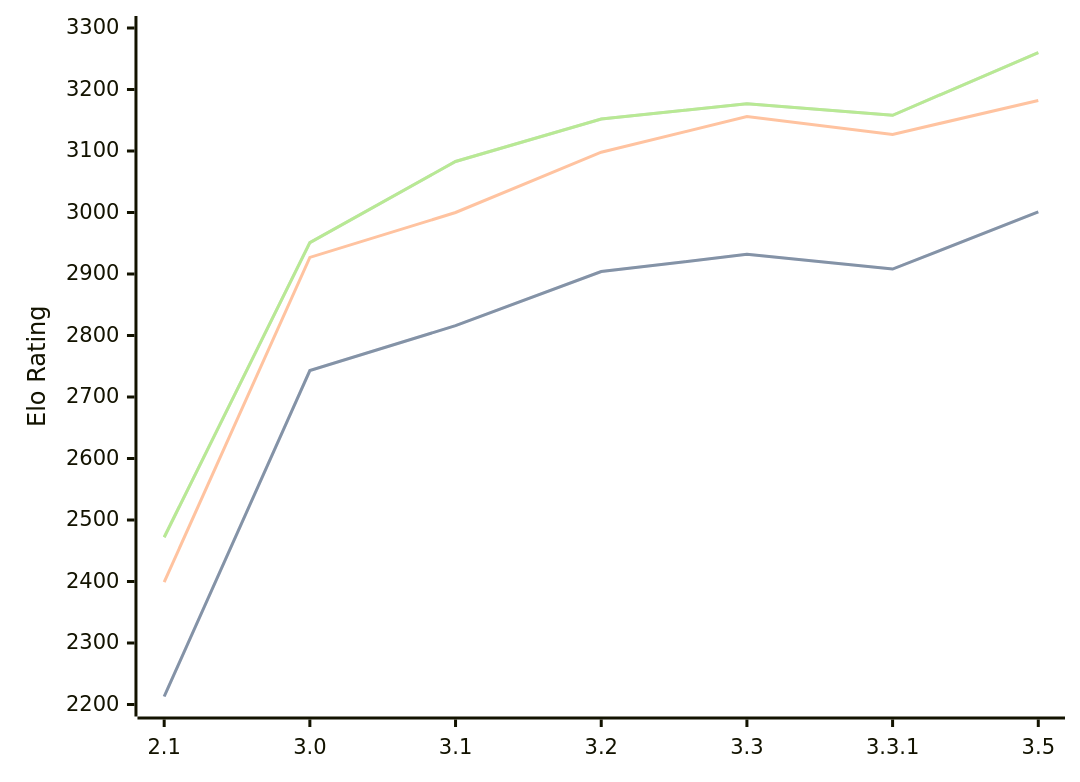
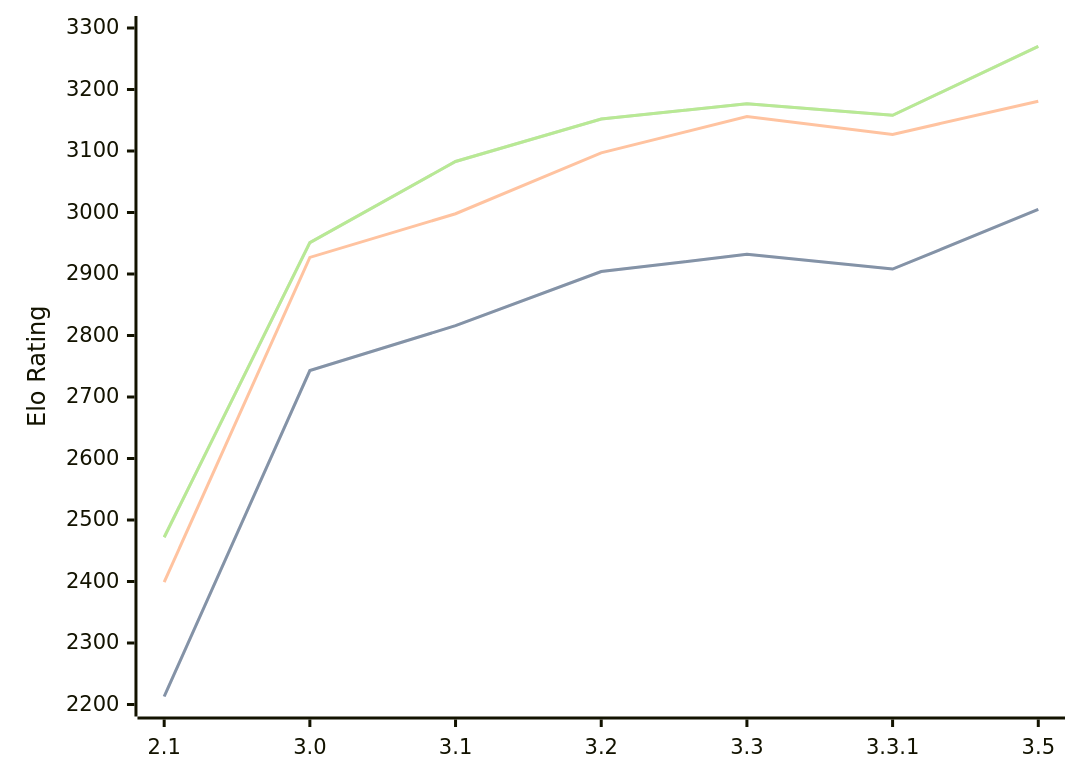
Before and after one commit to computer-chess-index/cci: the first of 3 diagrams in engines/Petrel.md, drawn with Mermaid. The commit also changed other lines of this file, not shown here.

Commit message:
Update CCI Ratings (ELO VLTC) - 2026-06-20

````diff
--- a/engines/Petrel.md
+++ b/engines/Petrel.md
@@ -46,11 +46,11 @@
 ```mermaid
 %%{init: {"theme":"base","themeVariables":{"seriesColors:['#a3a3a3','#222221','#faa371']}}}%%
 xychart-beta
   x-axis ["2.1", "3.0", "3.1", "3.2", "3.3", "3.3.1", "3.5"]
   y-axis "Elo Rating" 2200 --> 3300
-  line "STC (8.0+0.08s)" [2213, 2743, 2816, 2904, 2932, 2908, 3001]
-  line "STC (8.0+0.08s)" [2213, 2743, 2816, 2904, 2932, 2908, 3001]
-  line "LTC (60.0+0.60s)" [2399, 2927, 3000, 3098, 3156, 3127, 3182]
-  line "VLTC (2m24s+1.12s)" [2472, 2951, 3083, 3152, 3177, 3158, 3260]
-  line "VLTC (2m24s+1.12s)" [2472, 2951, 3083, 3152, 3177, 3158, 3260]
+  line "STC (8.0+0.08s)" [2213, 2743, 2816, 2904, 2932, 2908, 3005]
+  line "STC (8.0+0.08s)" [2213, 2743, 2816, 2904, 2932, 2908, 3005]
+  line "LTC (60.0+0.60s)" [2399, 2927, 2998, 3097, 3156, 3127, 3181]
+  line "VLTC (2m24s+1.12s)" [2472, 2951, 3083, 3152, 3177, 3158, 3270]
+  line "VLTC (2m24s+1.12s)" [2472, 2951, 3083, 3152, 3177, 3158, 3270]
 ```
````
